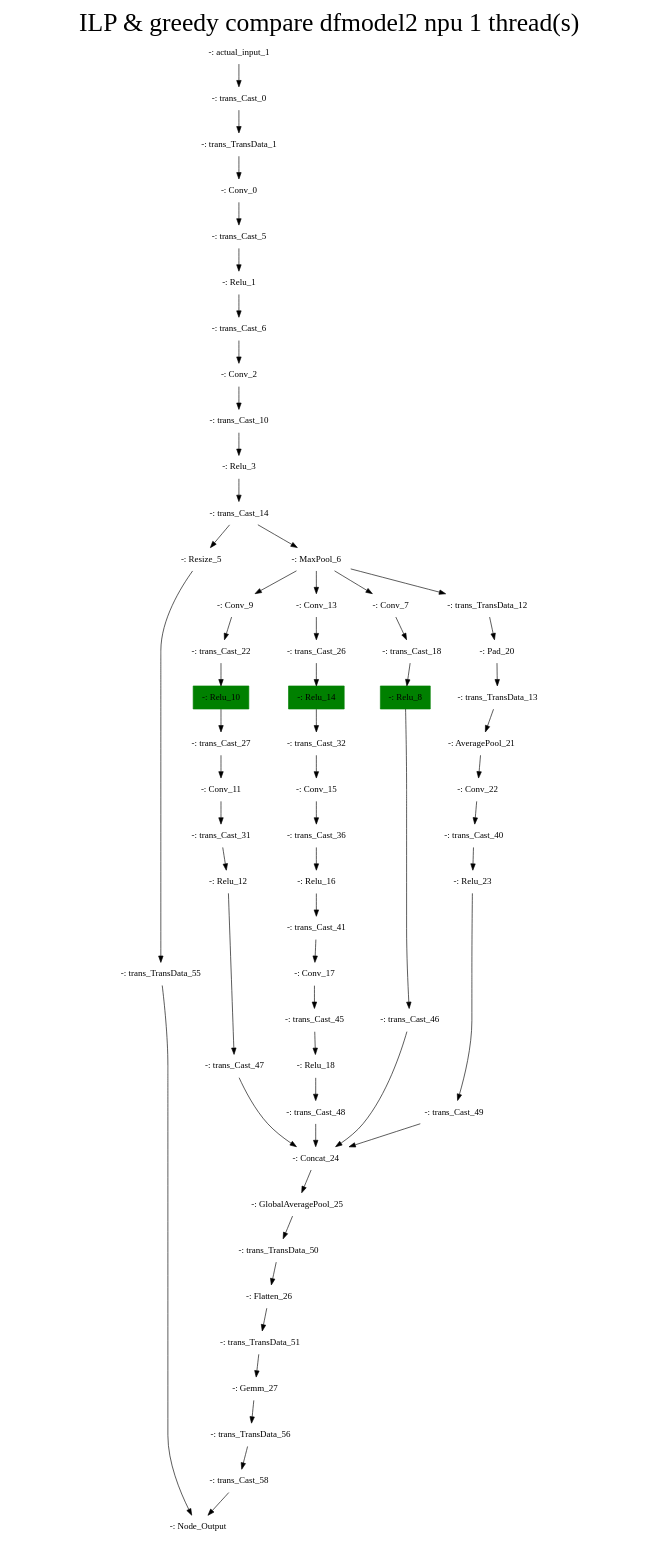
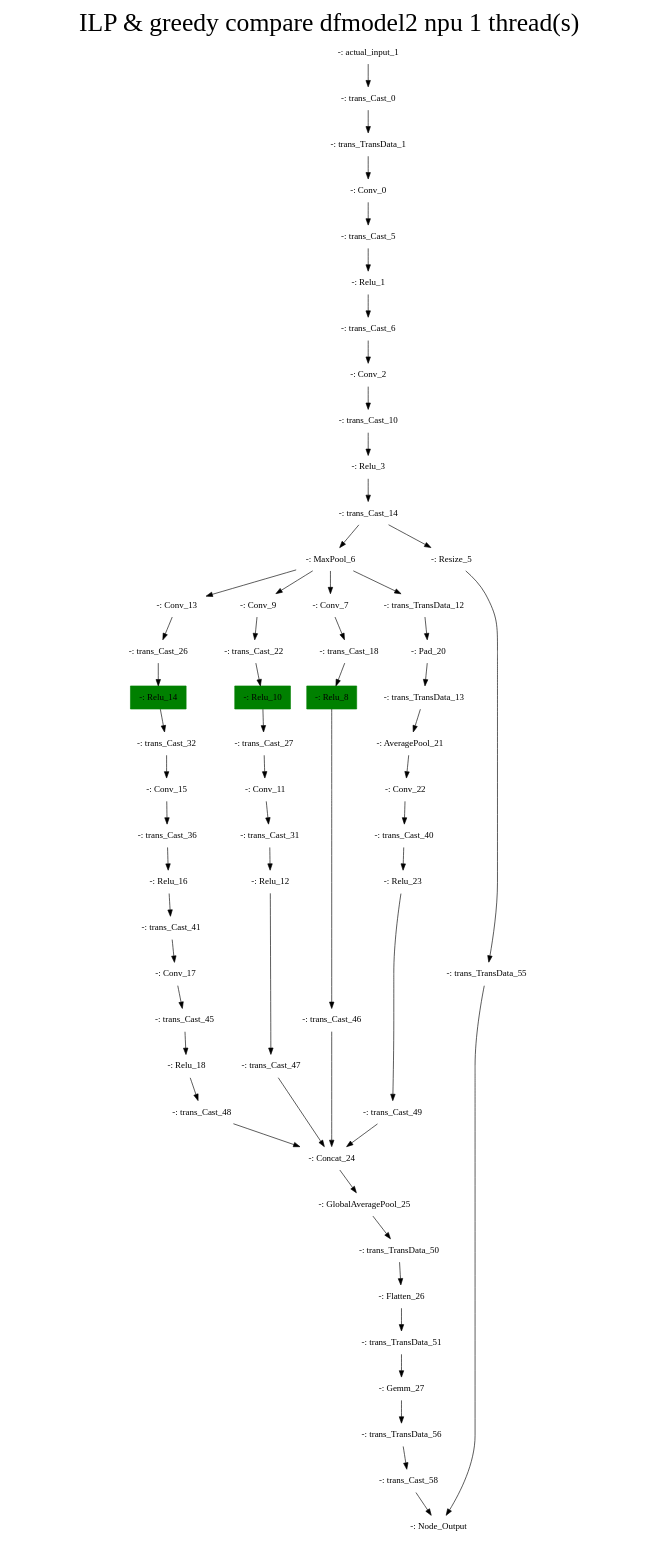
The diagram in mnn/models/dfmodel2/npu/ilp-greedy-diff-graphviz-dfmodel2-cpu-1.gv (summerspringwei/DAG-Scheduler), drawn with Graphviz before and after one commit. The commit also changed other lines of this file and 32 other files, not shown here.

```diff
--- a/mnn/models/dfmodel2/npu/ilp-greedy-diff-graphviz-dfmodel2-cpu-1.gv
+++ b/mnn/models/dfmodel2/npu/ilp-greedy-diff-graphviz-dfmodel2-cpu-1.gv
@@ -1,118 +1,118 @@
 digraph G {
 label     = "ILP & greedy compare dfmodel2 npu 1 thread(s)"
     labelloc  =  t // t: Place the graph's title on top.
     fontsize  = 40 // Make title stand out by giving a large font size
     fontcolor = black"-: actual_input_1"->"-: trans_Cast_0";
 "-: actual_input_1" [shape=box,style=filled,color=white];
 "-: trans_Cast_0"->"-: trans_TransData_1";
 "-: trans_Cast_0" [shape=box,style=filled,color=white];
 "-: trans_TransData_1"->"-: Conv_0";
 "-: trans_TransData_1" [shape=box,style=filled,color=white];
 "-: Conv_0"->"-: trans_Cast_5";
 "-: Conv_0" [shape=box,style=filled,color=white];
 "-: trans_Cast_5"->"-: Relu_1";
 "-: trans_Cast_5" [shape=box,style=filled,color=white];
 "-: Relu_1"->"-: trans_Cast_6";
 "-: Relu_1" [shape=box,style=filled,color=white];
 "-: trans_Cast_6"->"-: Conv_2";
 "-: trans_Cast_6" [shape=box,style=filled,color=white];
 "-: Conv_2"->"-: trans_Cast_10";
 "-: Conv_2" [shape=box,style=filled,color=white];
 "-: trans_Cast_10"->"-: Relu_3";
 "-: trans_Cast_10" [shape=box,style=filled,color=white];
 "-: Relu_3"->"-: trans_Cast_14";
 "-: Relu_3" [shape=box,style=filled,color=white];
+"-: trans_Cast_14"->"-: MaxPool_6";
 "-: trans_Cast_14"->"-: Resize_5";
-"-: trans_Cast_14"->"-: MaxPool_6";
 "-: trans_Cast_14" [shape=box,style=filled,color=white];
 "-: Resize_5"->"-: trans_TransData_55";
 "-: Resize_5" [shape=box,style=filled,color=white];
 "-: trans_TransData_55"->"-: Node_Output";
 "-: trans_TransData_55" [shape=box,style=filled,color=white];
+"-: MaxPool_6"->"-: Conv_13";
 "-: MaxPool_6"->"-: Conv_9";
-"-: MaxPool_6"->"-: Conv_13";
 "-: MaxPool_6"->"-: Conv_7";
 "-: MaxPool_6"->"-: trans_TransData_12";
 "-: MaxPool_6" [shape=box,style=filled,color=white];
 "-: Conv_7"->"-: trans_Cast_18";
 "-: Conv_7" [shape=box,style=filled,color=white];
 "-: trans_Cast_18"->"-: Relu_8";
 "-: trans_Cast_18" [shape=box,style=filled,color=white];
 "-: Relu_8"->"-: trans_Cast_46";
 "-: Relu_8" [shape=box,style=filled,color=green];
 "-: trans_Cast_46"->"-: Concat_24";
 "-: trans_Cast_46" [shape=box,style=filled,color=white];
 "-: Conv_9"->"-: trans_Cast_22";
 "-: Conv_9" [shape=box,style=filled,color=white];
 "-: trans_Cast_22"->"-: Relu_10";
 "-: trans_Cast_22" [shape=box,style=filled,color=white];
 "-: Relu_10"->"-: trans_Cast_27";
 "-: Relu_10" [shape=box,style=filled,color=green];
 "-: trans_Cast_27"->"-: Conv_11";
 "-: trans_Cast_27" [shape=box,style=filled,color=white];
 "-: Conv_11"->"-: trans_Cast_31";
 "-: Conv_11" [shape=box,style=filled,color=white];
 "-: trans_Cast_31"->"-: Relu_12";
 "-: trans_Cast_31" [shape=box,style=filled,color=white];
 "-: Relu_12"->"-: trans_Cast_47";
 "-: Relu_12" [shape=box,style=filled,color=white];
 "-: trans_Cast_47"->"-: Concat_24";
 "-: trans_Cast_47" [shape=box,style=filled,color=white];
 "-: Conv_13"->"-: trans_Cast_26";
 "-: Conv_13" [shape=box,style=filled,color=white];
 "-: trans_Cast_26"->"-: Relu_14";
 "-: trans_Cast_26" [shape=box,style=filled,color=white];
 "-: Relu_14"->"-: trans_Cast_32";
 "-: Relu_14" [shape=box,style=filled,color=green];
 "-: trans_Cast_32"->"-: Conv_15";
 "-: trans_Cast_32" [shape=box,style=filled,color=white];
 "-: Conv_15"->"-: trans_Cast_36";
 "-: Conv_15" [shape=box,style=filled,color=white];
 "-: trans_Cast_36"->"-: Relu_16";
 "-: trans_Cast_36" [shape=box,style=filled,color=white];
 "-: Relu_16"->"-: trans_Cast_41";
 "-: Relu_16" [shape=box,style=filled,color=white];
 "-: trans_Cast_41"->"-: Conv_17";
 "-: trans_Cast_41" [shape=box,style=filled,color=white];
 "-: Conv_17"->"-: trans_Cast_45";
 "-: Conv_17" [shape=box,style=filled,color=white];
 "-: trans_Cast_45"->"-: Relu_18";
 "-: trans_Cast_45" [shape=box,style=filled,color=white];
 "-: Relu_18"->"-: trans_Cast_48";
 "-: Relu_18" [shape=box,style=filled,color=white];
 "-: trans_Cast_48"->"-: Concat_24";
 "-: trans_Cast_48" [shape=box,style=filled,color=white];
 "-: trans_TransData_12"->"-: Pad_20";
 "-: trans_TransData_12" [shape=box,style=filled,color=white];
 "-: Pad_20"->"-: trans_TransData_13";
 "-: Pad_20" [shape=box,style=filled,color=white];
 "-: trans_TransData_13"->"-: AveragePool_21";
 "-: trans_TransData_13" [shape=box,style=filled,color=white];
 "-: AveragePool_21"->"-: Conv_22";
 "-: AveragePool_21" [shape=box,style=filled,color=white];
 "-: Conv_22"->"-: trans_Cast_40";
 "-: Conv_22" [shape=box,style=filled,color=white];
 "-: trans_Cast_40"->"-: Relu_23";
 "-: trans_Cast_40" [shape=box,style=filled,color=white];
 "-: Relu_23"->"-: trans_Cast_49";
 "-: Relu_23" [shape=box,style=filled,color=white];
 "-: trans_Cast_49"->"-: Concat_24";
 "-: trans_Cast_49" [shape=box,style=filled,color=white];
 "-: Concat_24"->"-: GlobalAveragePool_25";
 "-: Concat_24" [shape=box,style=filled,color=white];
 "-: GlobalAveragePool_25"->"-: trans_TransData_50";
 "-: GlobalAveragePool_25" [shape=box,style=filled,color=white];
 "-: trans_TransData_50"->"-: Flatten_26";
 "-: trans_TransData_50" [shape=box,style=filled,color=white];
 "-: Flatten_26"->"-: trans_TransData_51";
 "-: Flatten_26" [shape=box,style=filled,color=white];
 "-: trans_TransData_51"->"-: Gemm_27";
 "-: trans_TransData_51" [shape=box,style=filled,color=white];
 "-: Gemm_27"->"-: trans_TransData_56";
 "-: Gemm_27" [shape=box,style=filled,color=white];
 "-: trans_TransData_56"->"-: trans_Cast_58";
 "-: trans_TransData_56" [shape=box,style=filled,color=white];
 "-: trans_Cast_58"->"-: Node_Output";
 "-: trans_Cast_58" [shape=box,style=filled,color=white];
 "-: Node_Output" [shape=box,style=filled,color=white];
 }
```
